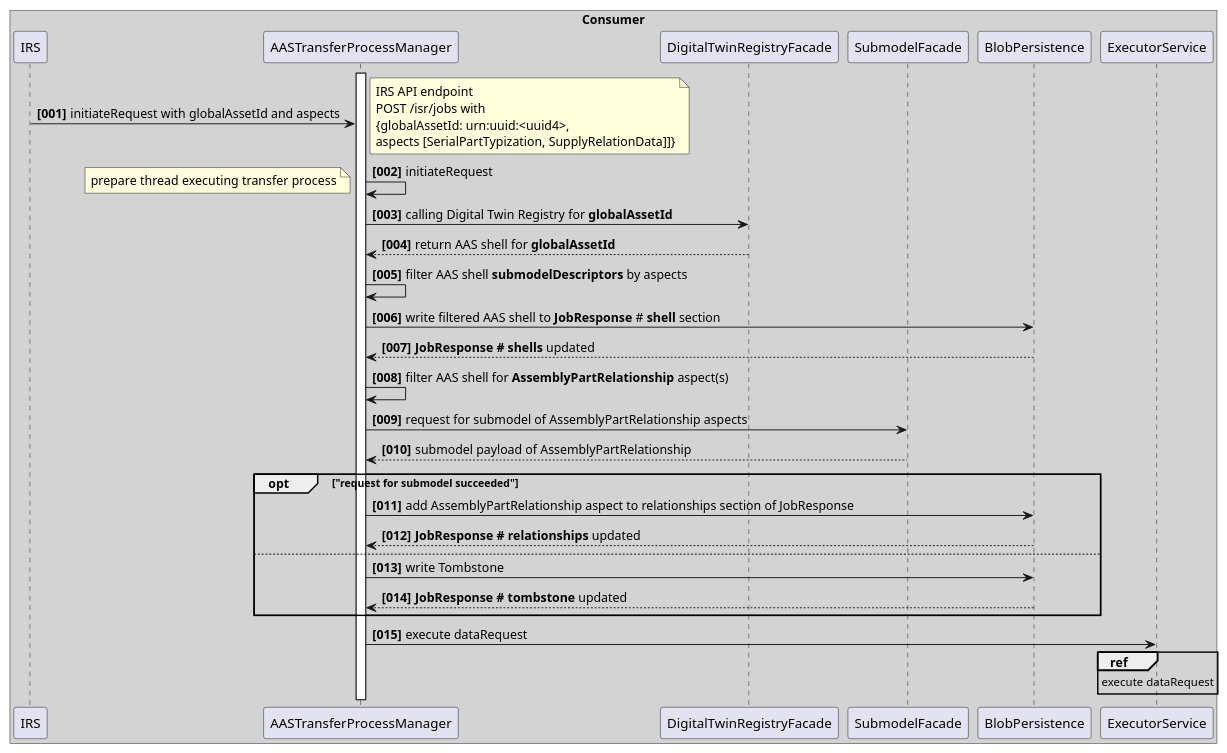
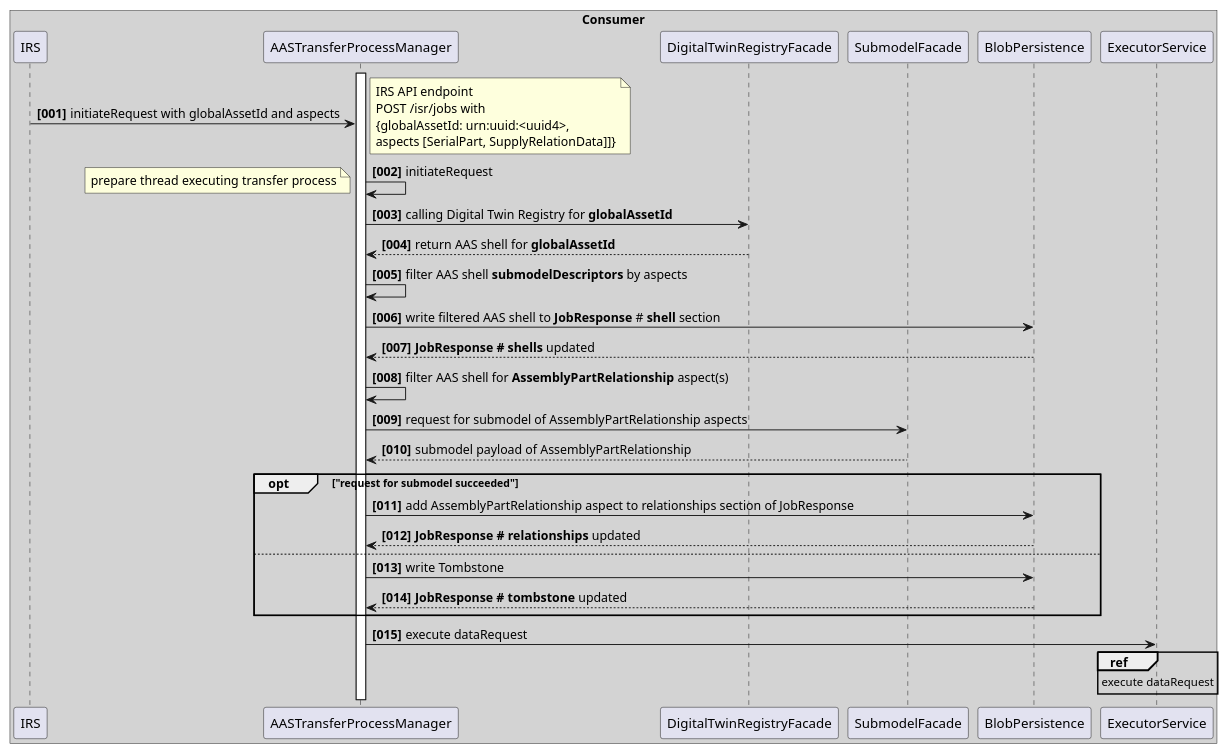
One commit to eclipse-tractusx/item-relationship-service changed the diagram in docs/src/uml-diagrams/runtime-view/aas-shell-and submodel-processing.puml. Above: the diagram before and after it, drawn with PlantUML. The commit also changed 14 other files, not shown here.

```diff
--- a/docs/src/uml-diagrams/runtime-view/aas-shell-and submodel-processing.puml
+++ b/docs/src/uml-diagrams/runtime-view/aas-shell-and submodel-processing.puml
@@ -1,51 +1,51 @@
 @startuml
 'https://plantuml.com/sequence-diagram
 skinparam shadowing false
 
 autonumber "<b>[000]"
 box "Consumer" #LightGrey
 participant IRS
 participant AASTransferProcessManager
 activate AASTransferProcessManager
 participant DigitalTwinRegistryFacade
 participant SubmodelFacade
 participant BlobPersistence
 participant ExecutorService
 
 
 IRS -> AASTransferProcessManager: initiateRequest with globalAssetId and aspects
 note right
     IRS API endpoint
     POST /isr/jobs with
     {globalAssetId: urn:uuid:<uuid4>,
-    aspects [SerialPartTypization, SupplyRelationData]]}
+    aspects [SerialPart, SupplyRelationData]]}
 end note
 AASTransferProcessManager -> AASTransferProcessManager : initiateRequest
 note left
     prepare thread executing transfer process
 end note
 AASTransferProcessManager -> DigitalTwinRegistryFacade : calling Digital Twin Registry for **globalAssetId**
 AASTransferProcessManager <-- DigitalTwinRegistryFacade : return AAS shell for **globalAssetId**
 AASTransferProcessManager -> AASTransferProcessManager : filter AAS shell **submodelDescriptors** by aspects
 AASTransferProcessManager -> BlobPersistence : write filtered AAS shell to **JobResponse** # **shell** section
 AASTransferProcessManager <-- BlobPersistence : **JobResponse # shells** updated
 AASTransferProcessManager -> AASTransferProcessManager : filter AAS shell for **AssemblyPartRelationship** aspect(s)
 AASTransferProcessManager -> SubmodelFacade: request for submodel of AssemblyPartRelationship aspects
 AASTransferProcessManager <-- SubmodelFacade: submodel payload of AssemblyPartRelationship
 opt "request for submodel succeeded"
 AASTransferProcessManager -> BlobPersistence : add AssemblyPartRelationship aspect to relationships section of JobResponse
 AASTransferProcessManager <-- BlobPersistence : **JobResponse # relationships** updated
 else
 AASTransferProcessManager -> BlobPersistence : write Tombstone
 AASTransferProcessManager <-- BlobPersistence : **JobResponse # tombstone** updated
 end
 
 
 AASTransferProcessManager -> ExecutorService: execute dataRequest
 ref over ExecutorService
     execute dataRequest
 end
 
 
 
 @enduml
```
